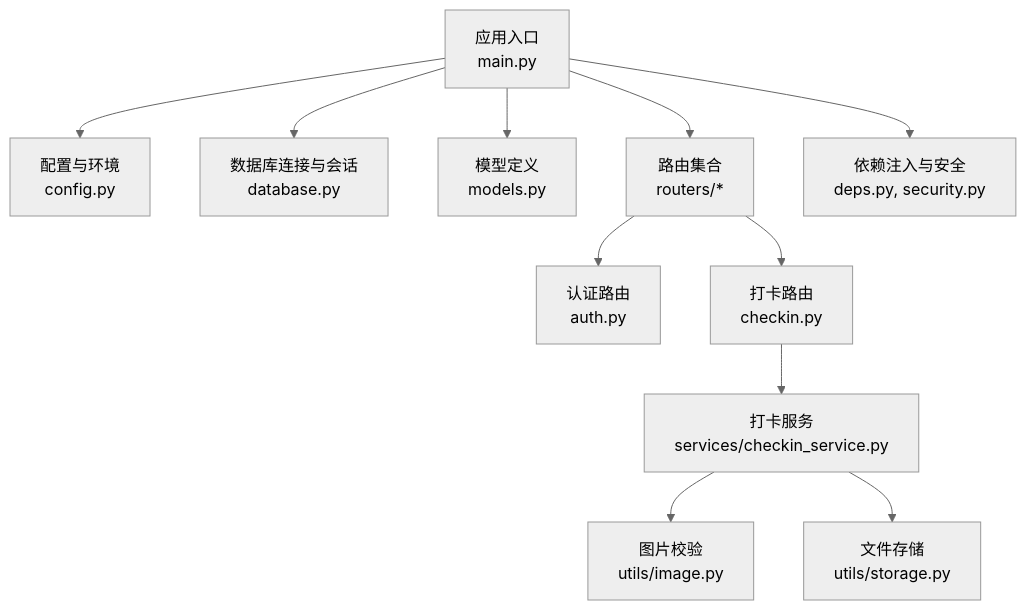
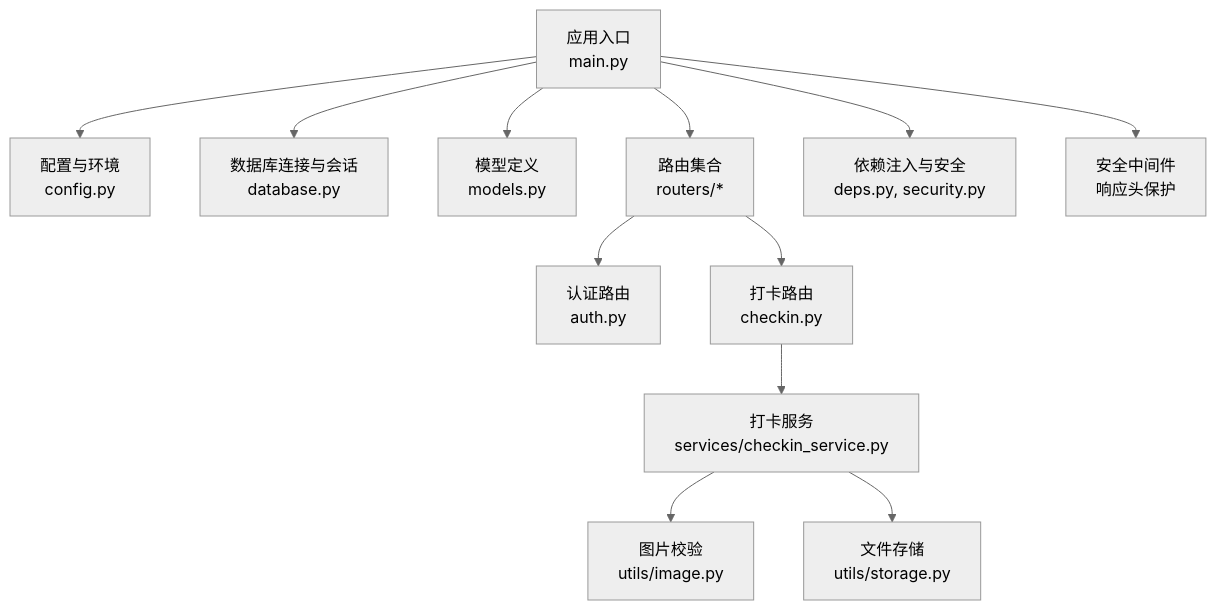
One commit to onebody/homework changed the first of 7 diagrams in .qoder/repowiki/zh/content/暑假作业打卡系统/后端服务架构/FastAPI应用核心.md. Above: the diagram before and after it, drawn with Mermaid (neutral theme). The commit also changed other lines of this file and 14 other files, not shown here.

````diff
--- a/.qoder/repowiki/zh/content/暑假作业打卡系统/后端服务架构/FastAPI应用核心.md
+++ b/.qoder/repowiki/zh/content/暑假作业打卡系统/后端服务架构/FastAPI应用核心.md
@@ -51,13 +58,14 @@
 ```mermaid
 graph TB
 A["应用入口<br/>main.py"] --> B["配置与环境<br/>config.py"]
 A --> C["数据库连接与会话<br/>database.py"]
 A --> D["模型定义<br/>models.py"]
 A --> E["路由集合<br/>routers/*"]
 E --> F["认证路由<br/>auth.py"]
 E --> G["打卡路由<br/>checkin.py"]
 A --> H["依赖注入与安全<br/>deps.py, security.py"]
 G --> I["打卡服务<br/>services/checkin_service.py"]
 I --> J["图片校验<br/>utils/image.py"]
 I --> K["文件存储<br/>utils/storage.py"]
+A --> L["安全中间件<br/>响应头保护"]
 ```
````
